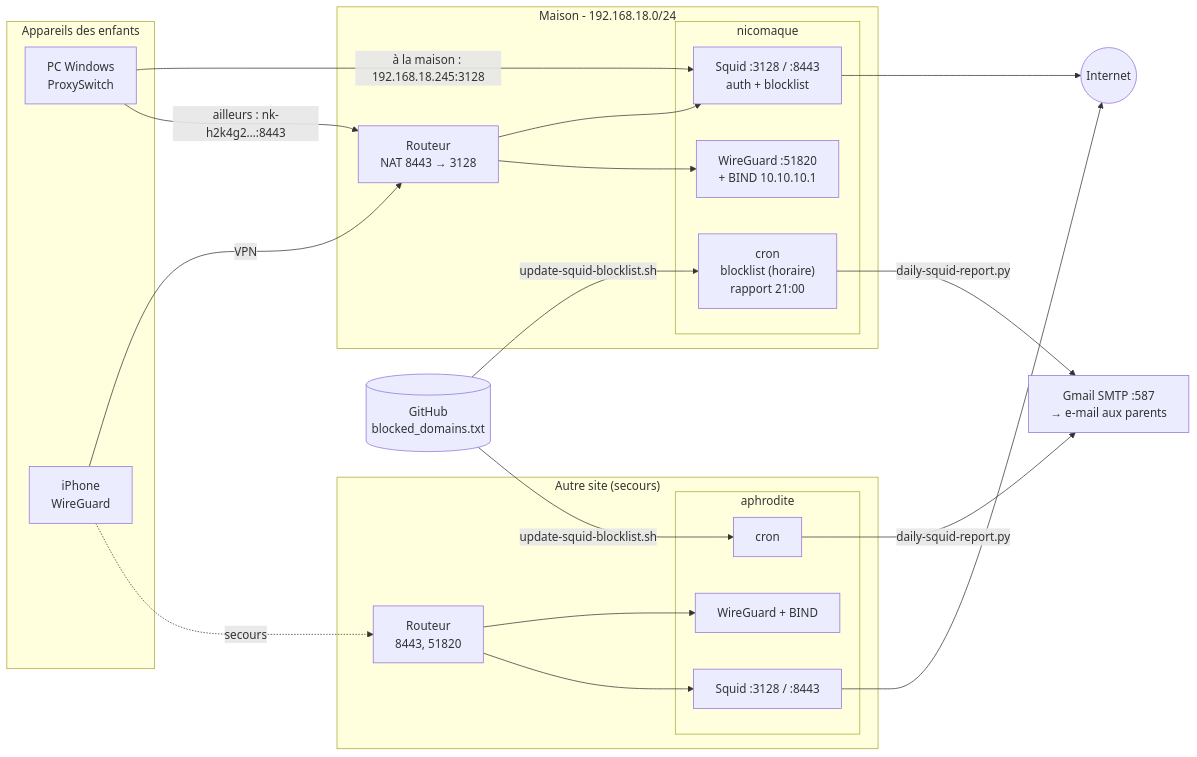
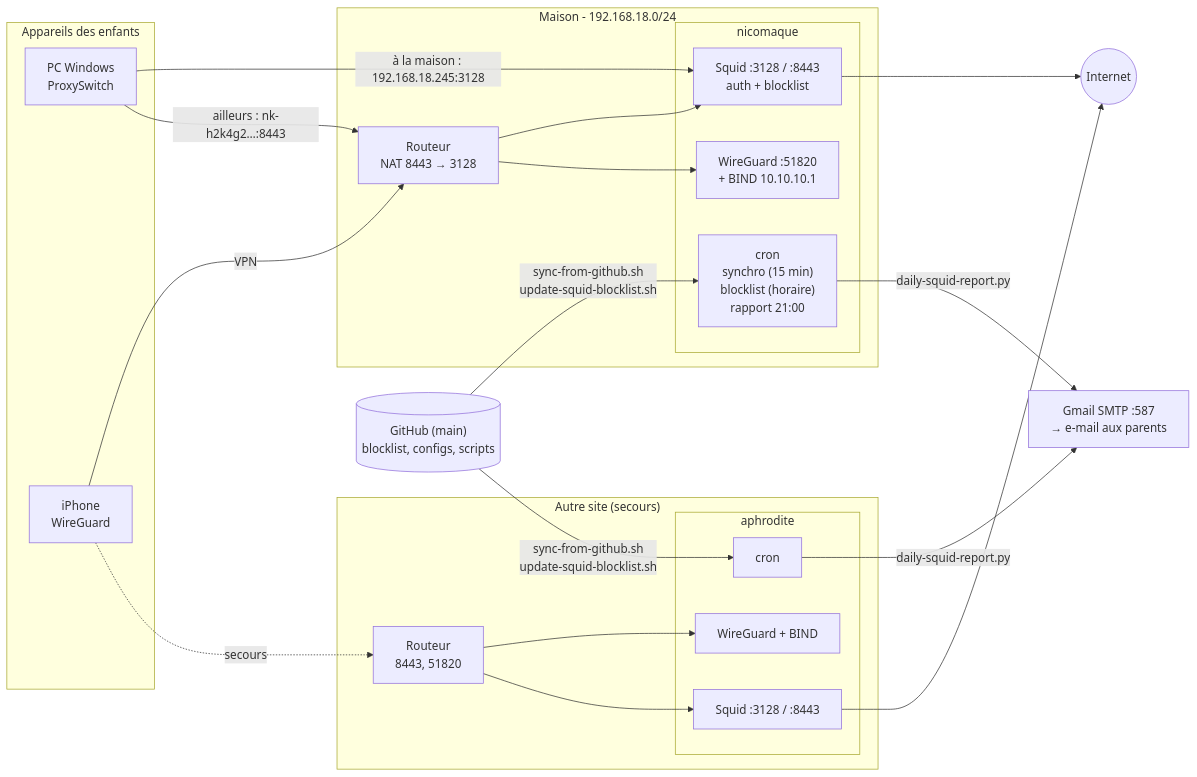
The diagram in README.md (fmonthel/blocked-domain), drawn with Mermaid before and after one commit. The commit also changed other lines of this file, not shown here.

````diff
--- a/README.md
+++ b/README.md
@@ -16,39 +16,39 @@
 ```mermaid
 flowchart LR
     subgraph Enfants["Appareils des enfants"]
         PC["PC Windows<br/>ProxySwitch"]
         TEL["iPhone<br/>WireGuard"]
     end
 
     subgraph Maison["Maison - 192.168.18.0/24"]
         R1["Routeur<br/>NAT 8443 → 3128"]
         subgraph N["nicomaque"]
             SQ1["Squid :3128 / :8443<br/>auth + blocklist"]
             WG1["WireGuard :51820<br/>+ BIND 10.10.10.1"]
-            CR1["cron<br/>blocklist (horaire)<br/>rapport 21:00"]
+            CR1["cron<br/>synchro (15 min)<br/>blocklist (horaire)<br/>rapport 21:00"]
         end
     end
 
     subgraph Site2["Autre site (secours)"]
         R2["Routeur<br/>8443, 51820"]
         subgraph A["aphrodite"]
             SQ2["Squid :3128 / :8443"]
             WG2["WireGuard + BIND"]
             CR2["cron"]
         end
     end
 
-    GH[("GitHub<br/>blocked_domains.txt")]
+    GH[("GitHub (main)<br/>blocklist, configs, scripts")]
     WEB(("Internet"))
     MAIL["Gmail SMTP :587<br/>→ e-mail aux parents"]
 
     PC -- "à la maison : 192.168.18.245:3128" --> SQ1
     PC -- "ailleurs : nk-h2k4g2…:8443" --> R1 --> SQ1
     TEL -- "VPN" --> R1 --> WG1
     TEL -. "secours" .-> R2 --> WG2
     SQ1 --> WEB
     SQ2 --> WEB
     R2 --> SQ2
-    GH -- "update-squid-blocklist.sh" --> CR1 & CR2
+    GH -- "sync-from-github.sh<br/>update-squid-blocklist.sh" --> CR1 & CR2
     CR1 & CR2 -- "daily-squid-report.py" --> MAIL
 ```
````
